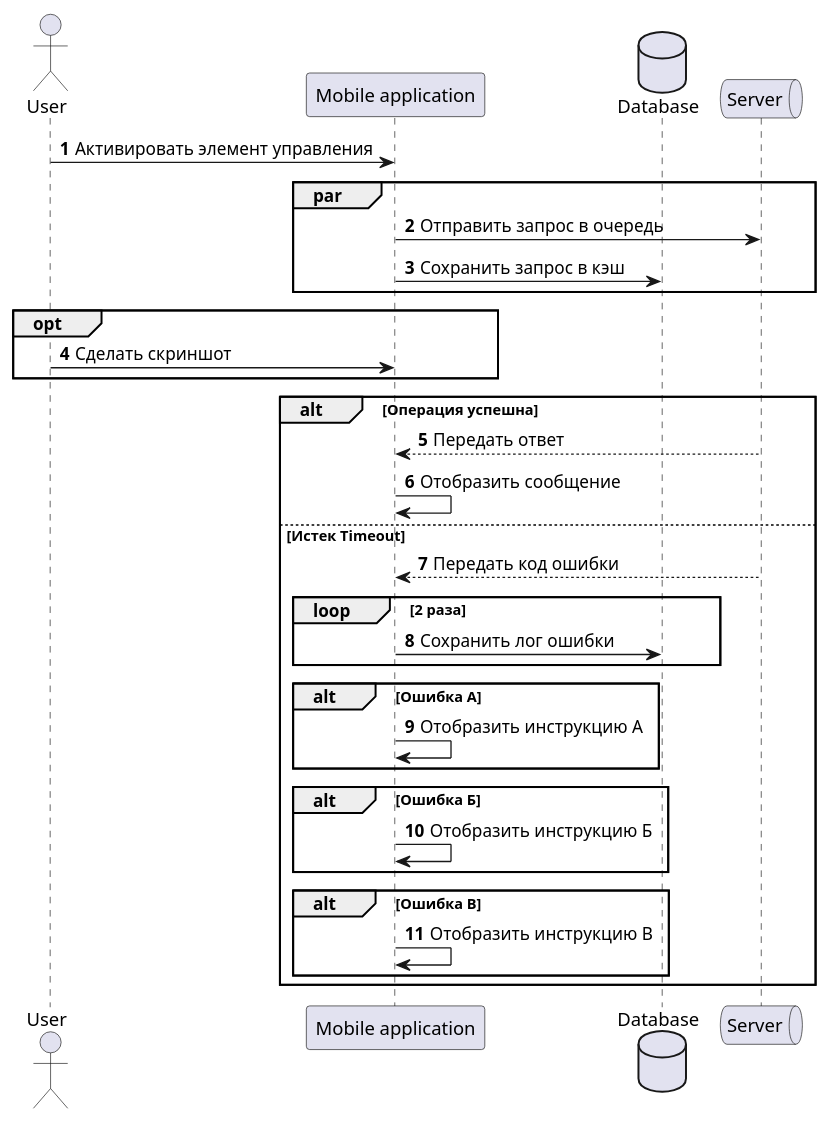
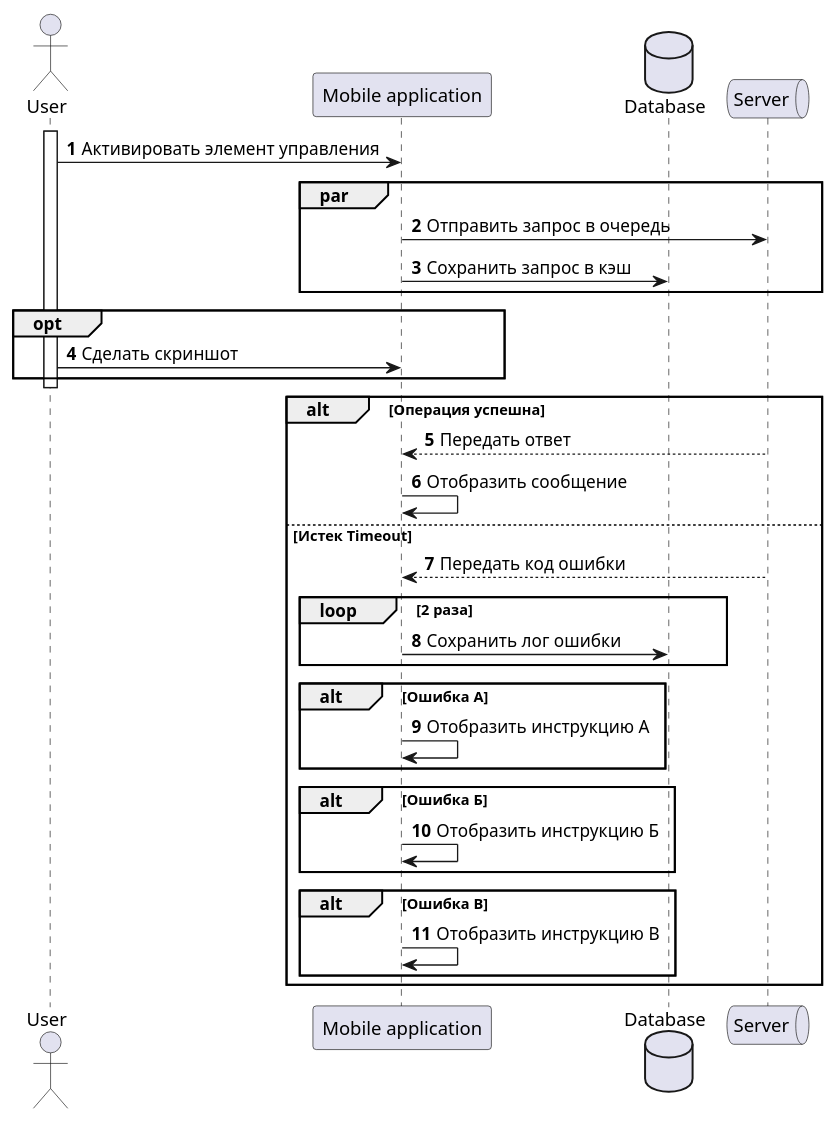
Before and after one commit to PopkovAYu/Notes: the second of 3 diagrams in Notes/Notes/Системная аналитика/Курсы от нетологии/Раздел 3. Анализ требований/9. Диаграммы деятельности и последовательности.md, drawn with PlantUML.

Commit message:
vault backup: 2024-04-24 11:17:11
Affected files:
Notes/Notes/Системная аналитика/Курсы от нетологии/Раздел 3. Анализ требований/9. Диаграммы деятельности и последовательности.md

````diff
--- a/Notes/Notes/Системная аналитика/Курсы от нетологии/Раздел 3. Анализ требований/9. Диаграммы деятельности и последовательности.md
+++ b/Notes/Notes/Системная аналитика/Курсы от нетологии/Раздел 3. Анализ требований/9. Диаграммы деятельности и последовательности.md
@@ -66,38 +66,40 @@
 ```plantuml
 @startuml
 
 actor User as user
 participant "Mobile application" as app
 database Database as db
 queue Server as server
 
 autonumber
+activate user
 user -> app : Активировать элемент управления
 par
 	app -> server : Отправить запрос в очередь
 	
 	app -> db : Сохранить запрос в кэш
 end
 opt
 	user -> app : Сделать скриншот
 end
+deactivate user
 alt Операция успешна
 	app <-- server : Передать ответ
 	app -> app : Отобразить сообщение
 else Истек Timeout
 	app <-- server : Передать код ошибки
 	loop 2 раза
 		app -> db : Сохранить лог ошибки
 	end
 alt Ошибка А
 	app -> app : Отобразить инструкцию А
 end
 alt Ошибка Б
 	app -> app : Отобразить инструкцию Б
 end
 alt Ошибка В
 	app -> app : Отобразить инструкцию В
 end
 end
 @enduml
 ```
````
